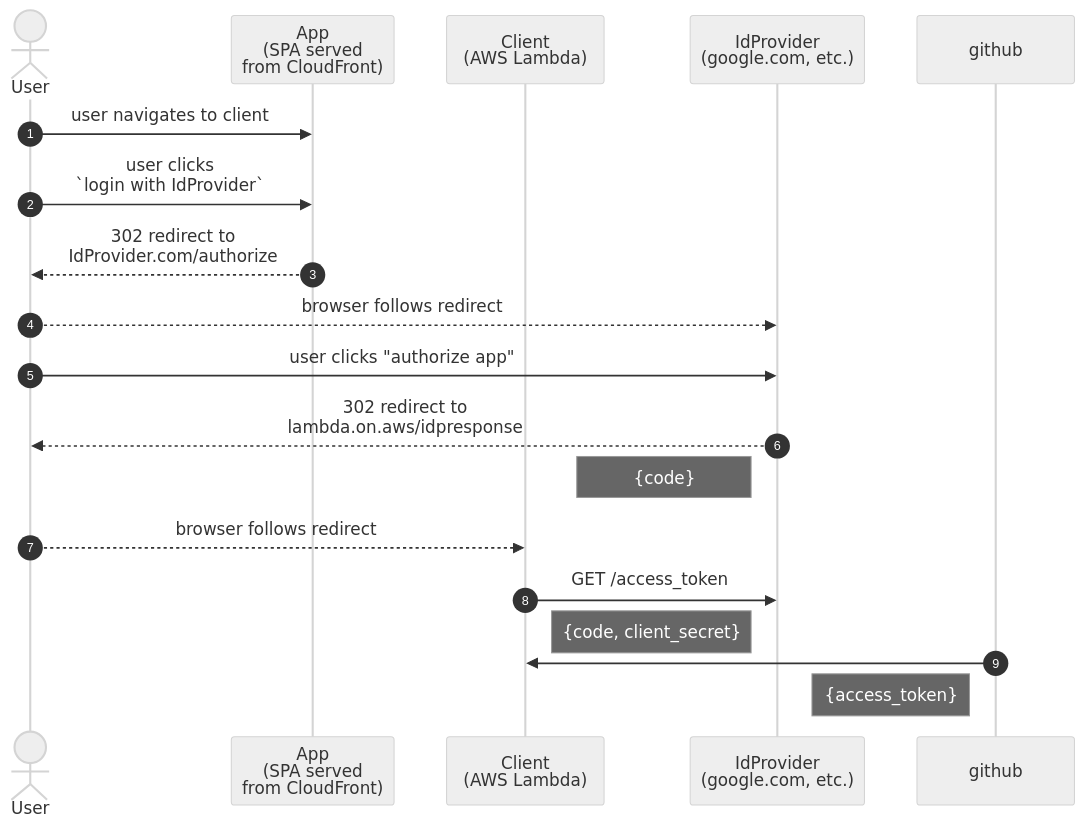
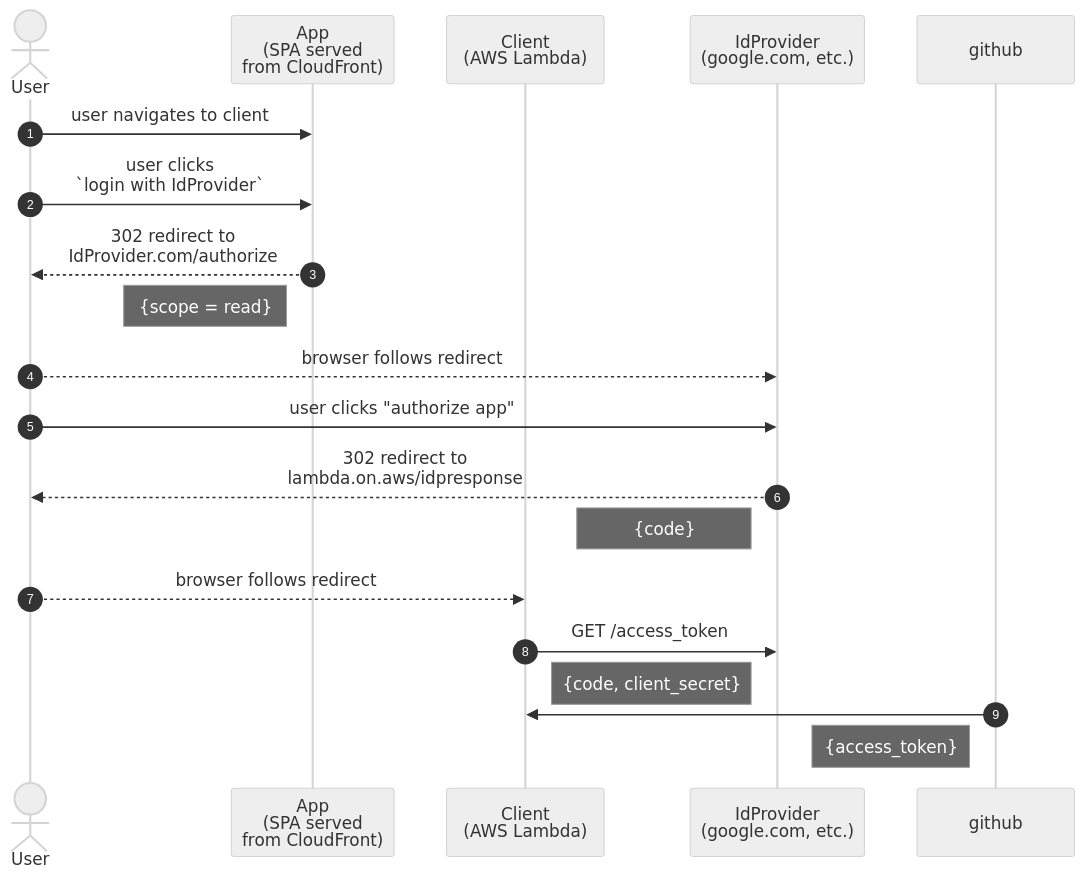
One commit to shorn/zinc changed the diagram in aws-infra/lambda/doc/oauth-oidc.md. Above: the diagram before and after it, drawn with Mermaid (neutral theme). The commit also changed other lines of this file, not shown here.

````diff
--- a/aws-infra/lambda/doc/oauth-oidc.md
+++ b/aws-infra/lambda/doc/oauth-oidc.md
@@ -35,23 +35,24 @@
 ```mermaid
 sequenceDiagram
 autonumber
 actor user as User
 participant app as App<br/>(SPA served<br/>from CloudFront) 
 participant client as Client<br/>(AWS Lambda)
 participant idp as IdProvider<br/>(google.com, etc.)
 
 user->>app: user navigates to client
 user->>app: user clicks<br/>`login with IdProvider`
 app-->>user: 302 redirect to<br/>IdProvider.com/authorize
+note left of app: {scope = read}
 
 user-->>idp: browser follows redirect
 user->>idp: user clicks "authorize app" 
 idp-->>user: 302 redirect to<br/>lambda.on.aws/idpresponse
 note left of idp: {code}
 user-->>client: browser follows redirect
 
 client->>idp: GET /access_token
 note right of client: {code, client_secret}
 github->>client: 
 note left of github: {access_token} 
 ```
````
